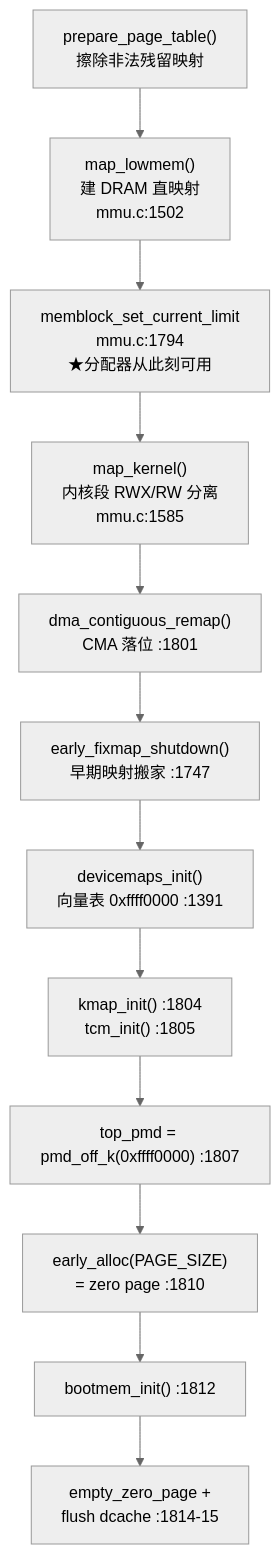
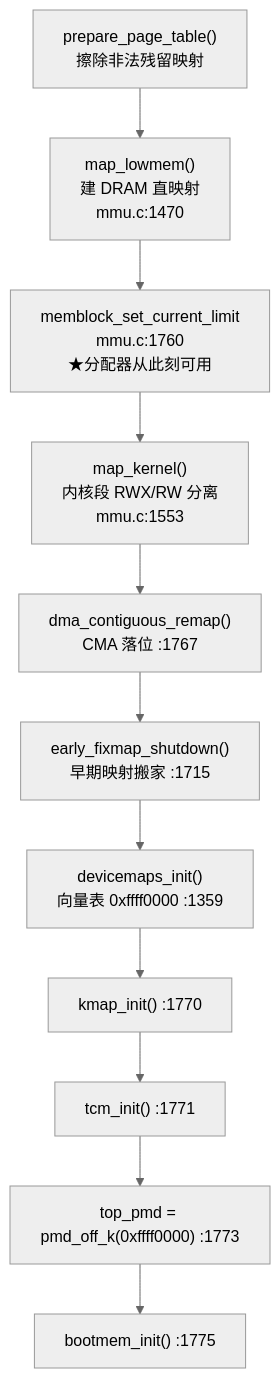
The second of 3 diagrams in kernel/KERNEL SET_UP.md (H-000-H/obsidian), drawn with Mermaid (neutral theme) before and after one commit. The commit also changed other lines of this file and 15 other files, not shown here.

````diff
--- a/kernel/KERNEL SET_UP.md
+++ b/kernel/KERNEL SET_UP.md
@@ -325,14 +325,13 @@
 ```mermaid
 flowchart TD
-    P1["prepare_page_table()<br/>擦除非法残留映射"] --> P2["map_lowmem()<br/>建 DRAM 直映射<br/>mmu.c:1502"]
-    P2 --> P3["memblock_set_current_limit<br/>mmu.c:1794<br/>★分配器从此刻可用"]
-    P3 --> P4["map_kernel()<br/>内核段 RWX/RW 分离<br/>mmu.c:1585"]
-    P4 --> P5["dma_contiguous_remap()<br/>CMA 落位 :1801"]
-    P5 --> P6["early_fixmap_shutdown()<br/>早期映射搬家 :1747"]
-    P6 --> P7["devicemaps_init()<br/>向量表 0xffff0000 :1391"]
-    P7 --> P8["kmap_init() :1804<br/>tcm_init() :1805"]
-    P8 --> P9["top_pmd = pmd_off_k(0xffff0000) :1807"]
-    P9 --> P10["early_alloc(PAGE_SIZE)<br/>= zero page :1810"]
-    P10 --> P11["bootmem_init() :1812"]
-    P11 --> P12["empty_zero_page +<br/>flush dcache :1814-15"]
+    P1["prepare_page_table()<br/>擦除非法残留映射"] --> P2["map_lowmem()<br/>建 DRAM 直映射<br/>mmu.c:1470"]
+    P2 --> P3["memblock_set_current_limit<br/>mmu.c:1760<br/>★分配器从此刻可用"]
+    P3 --> P4["map_kernel()<br/>内核段 RWX/RW 分离<br/>mmu.c:1553"]
+    P4 --> P5["dma_contiguous_remap()<br/>CMA 落位 :1767"]
+    P5 --> P6["early_fixmap_shutdown()<br/>早期映射搬家 :1715"]
+    P6 --> P7["devicemaps_init()<br/>向量表 0xffff0000 :1359"]
+    P7 --> P8["kmap_init() :1770"]
+    P8 --> P9["tcm_init() :1771"]
+    P9 --> P10["top_pmd = pmd_off_k(0xffff0000) :1773"]
+    P10 --> P11["bootmem_init() :1775"]
 ```
````
